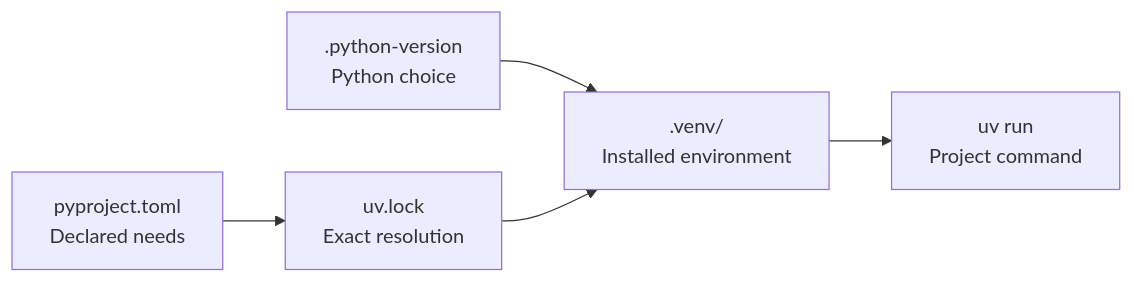
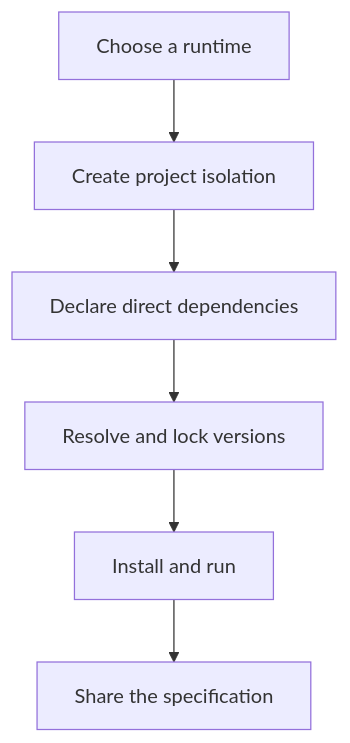
The second of 2 diagrams in slides/uv_virtual_envs.qmd (Stat386-Fall-2026/Course_Website), drawn with Mermaid before and after one commit. The commit also changed other lines of this file and 6 other files, not shown here.

````diff
--- a/slides/uv_virtual_envs.qmd
+++ b/slides/uv_virtual_envs.qmd
@@ -271,7 +242,6 @@
 ```{mermaid}
 %%| echo: false
-flowchart LR
-    A[".python-version<br/>Python choice"] --> D[".venv/<br/>Installed environment"]
-    B["pyproject.toml<br/>Declared needs"] --> C["uv.lock<br/>Exact resolution"] --> D
-    D --> E["uv run<br/>Project command"]
+flowchart TD
+    A["Choose a runtime"] --> B["Create project isolation"] --> C["Declare direct dependencies"]
+    C --> D["Resolve and lock versions"] --> E["Install and run"] --> F["Share the specification"]
 ```
````
